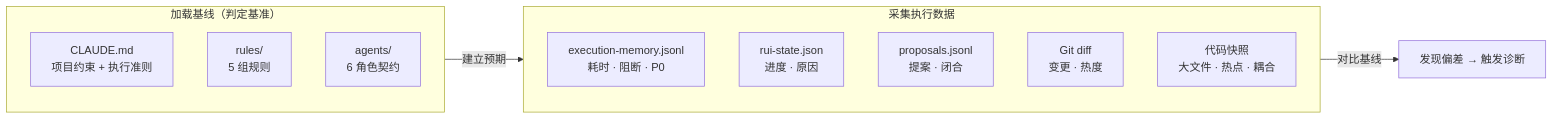
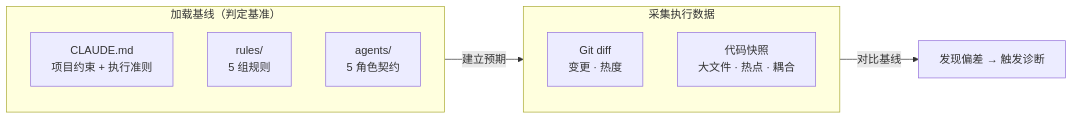
The second of 6 diagrams in agents/self-improve.md (effiy/YrY), drawn with Mermaid before and after one commit. The commit also changed other lines of this file and 91 other files, not shown here.

````diff
--- a/agents/self-improve.md
+++ b/agents/self-improve.md
@@ -66,18 +59,15 @@
 ```mermaid
 flowchart LR
     subgraph 基线["加载基线（判定基准）"]
         B1["CLAUDE.md<br/>项目约束 + 执行准则"]:::src
         B2["rules/<br/>5 组规则"]:::src
-        B3["agents/<br/>6 角色契约"]:::src
+        B3["agents/<br/>5 角色契约"]:::src
     end
     subgraph 执行["采集执行数据"]
-        D1["execution-memory.jsonl<br/>耗时 · 阻断 · P0"]:::data
-        D2["rui-state.json<br/>进度 · 原因"]:::data
-        D3["proposals.jsonl<br/>提案 · 闭合"]:::data
         D4["Git diff<br/>变更 · 热度"]:::data
         D5["代码快照<br/>大文件 · 热点 · 耦合"]:::data
     end
     基线 -->|"建立预期"| 执行
     执行 -->|"对比基线"| OUT["发现偏差 → 触发诊断"]:::out
 
 ```
````
